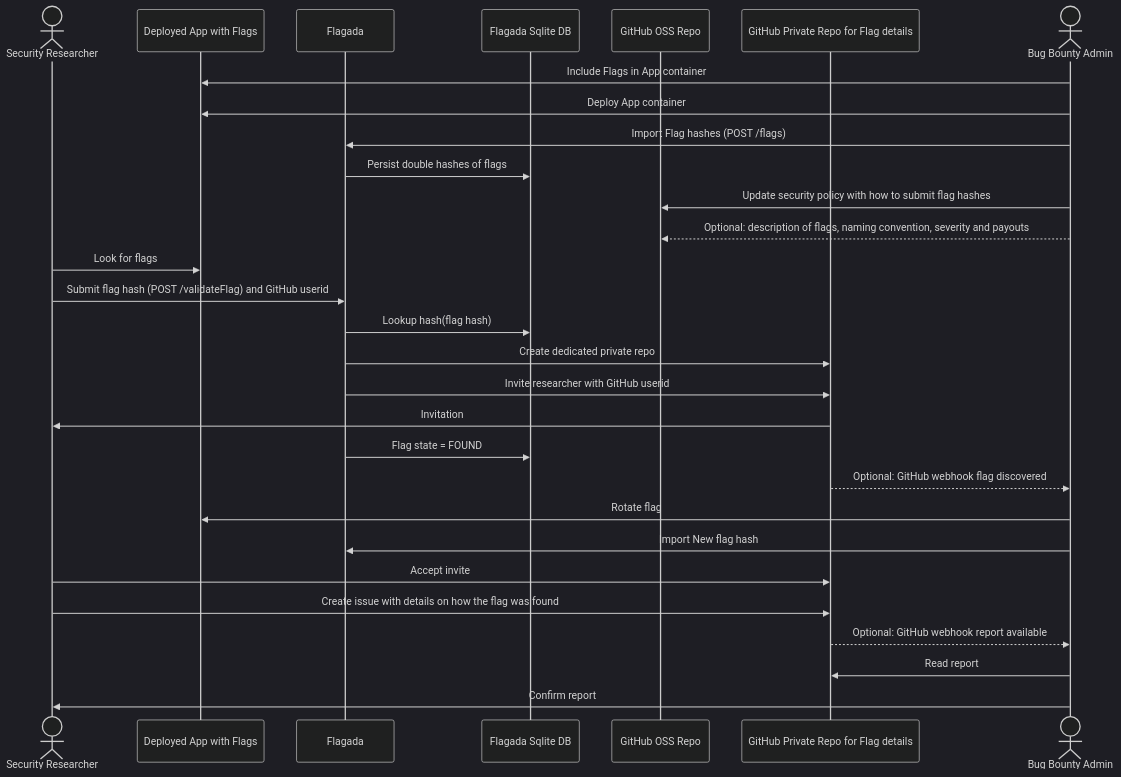
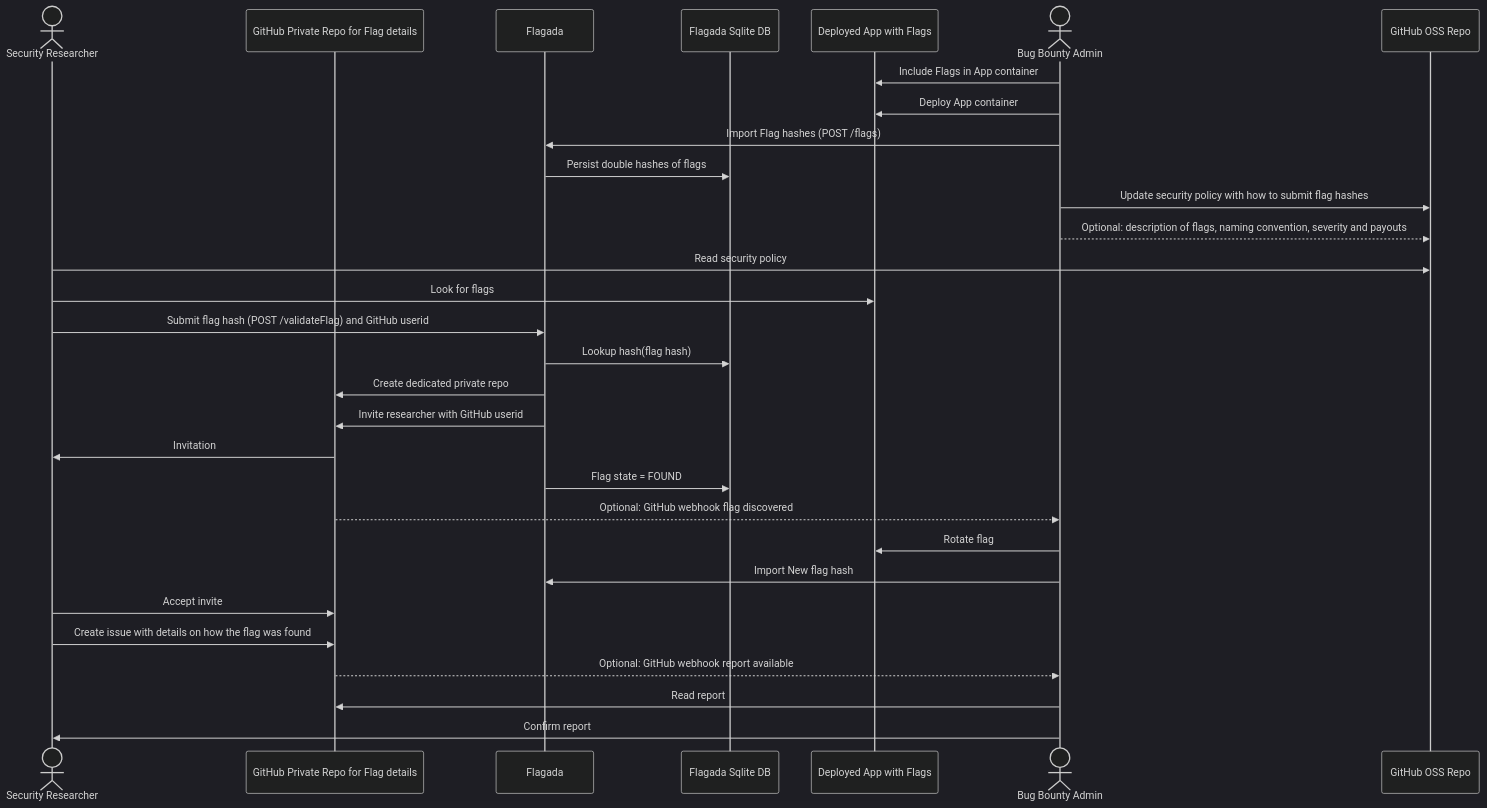
Before and after one commit to appsecmatters/flagada: the diagram in opensource_workflow.md, drawn with Mermaid (dark theme).

Commit message:
Sequence diagram first flow

````diff
--- a/opensource_workflow.md
+++ b/opensource_workflow.md
@@ -3,40 +3,41 @@
 ```mermaid
 sequenceDiagram
     actor Researcher as Security Researcher
-    participant App as Deployed App with Flags
+    participant GitHub2 as GitHub Private Repo for Flag details
     participant Flagada
     participant DB as Flagada Sqlite DB
+    participant App as Deployed App with Flags
+    actor Admin as Bug Bounty Admin
     participant GitHub as GitHub OSS Repo
-    participant GitHub2 as GitHub Private Repo for Flag details
-    actor Admin as Bug Bounty Admin
 
     Admin->>App: Include Flags in App container
     Admin->>App: Deploy App container
     Admin->>Flagada: Import Flag hashes (POST /flags)
     Flagada->>DB: Persist double hashes of flags
     Admin->>GitHub: Update security policy with how to submit flag hashes
     Admin-->>GitHub: Optional: description of flags, naming convention, severity and payouts
     
+    Researcher->>GitHub: Read security policy
     Researcher->>App: Look for flags
 
     Researcher->>Flagada: Submit flag hash (POST /validateFlag) and GitHub userid
     Flagada->>DB: Lookup hash(flag hash)
 
     Flagada->>GitHub2: Create dedicated private repo
     Flagada->>GitHub2: Invite researcher with GitHub userid
     GitHub2->>Researcher: Invitation
     Flagada->>DB: Flag state = FOUND
     GitHub2-->>Admin: Optional: GitHub webhook flag discovered
 
     Admin->>App: Rotate flag
     Admin->>Flagada: Import New flag hash
 
     Researcher->>GitHub2: Accept invite
 
     Researcher->>GitHub2: Create issue with details on how the flag was found
     GitHub2-->>Admin: Optional: GitHub webhook report available
 
     Admin->>GitHub2: Read report
     Admin->>Researcher: Confirm report
 
 ```
````
